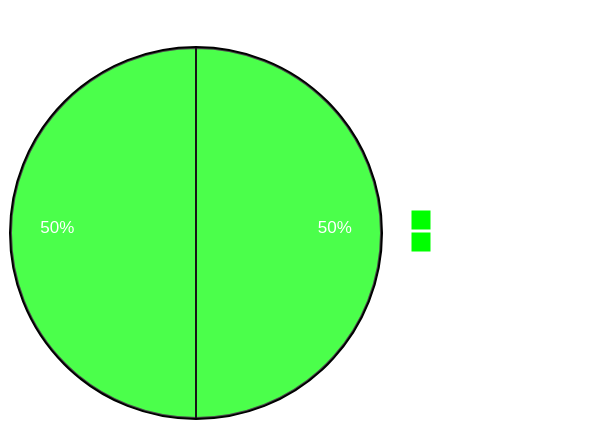
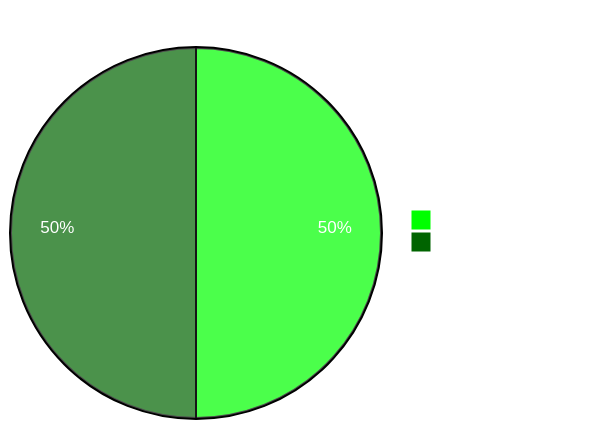
The second of 2 diagrams in README.md (desenvolvimento03onnet/crm_comissoes_api), drawn with Mermaid before and after one commit. The commit also changed other lines of this file, not shown here.

````diff
--- a/README.md
+++ b/README.md
@@ -73,15 +73,15 @@
 ```mermaid
     %%{
       init: {
         'theme': 'base',
         'themeVariables': {
           'pie1': '#00FF00',
-          'pie2': '#00FF00',
+          'pie2': '#006400',
           'primaryTextColor': '#FFFFFF'
         }
       }
     }%%
     pie title Documentação - MK
     "Concluído" : 50
     "Em Desenvolvimento" : 50
 ```
````
